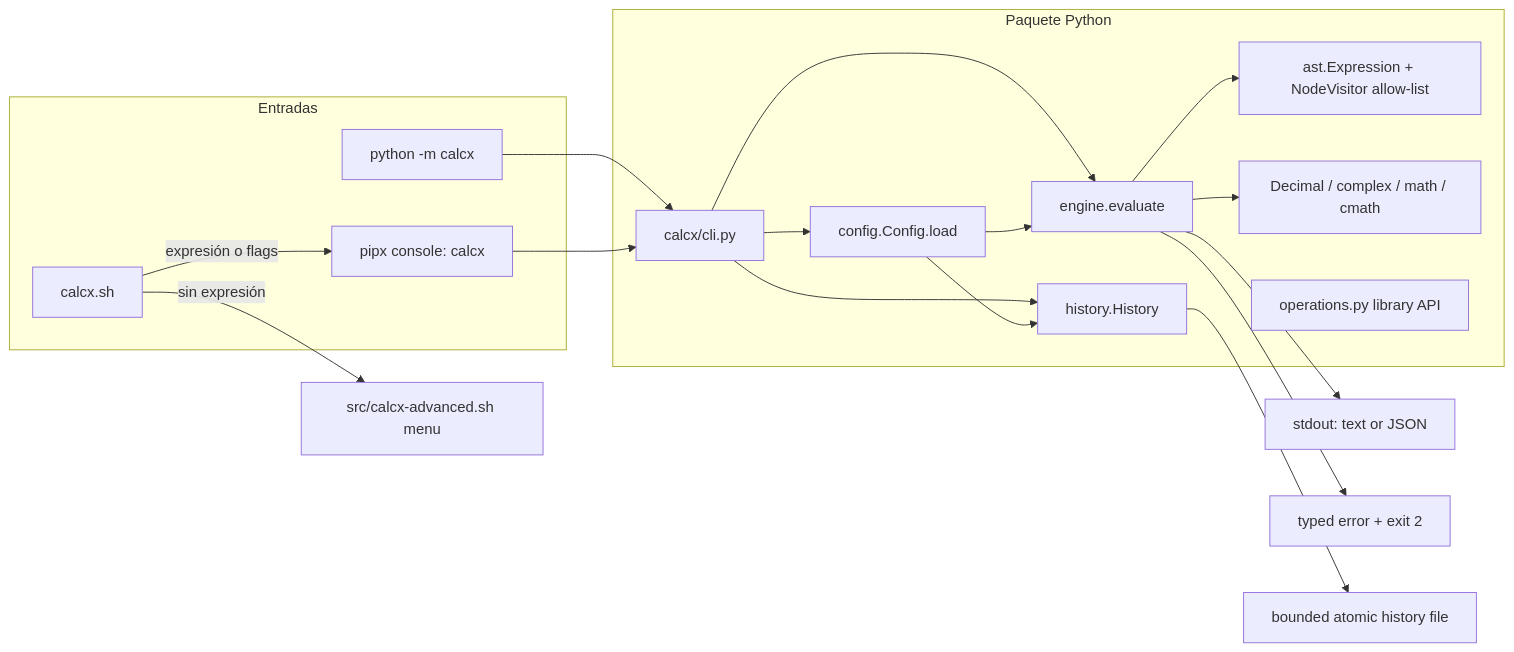
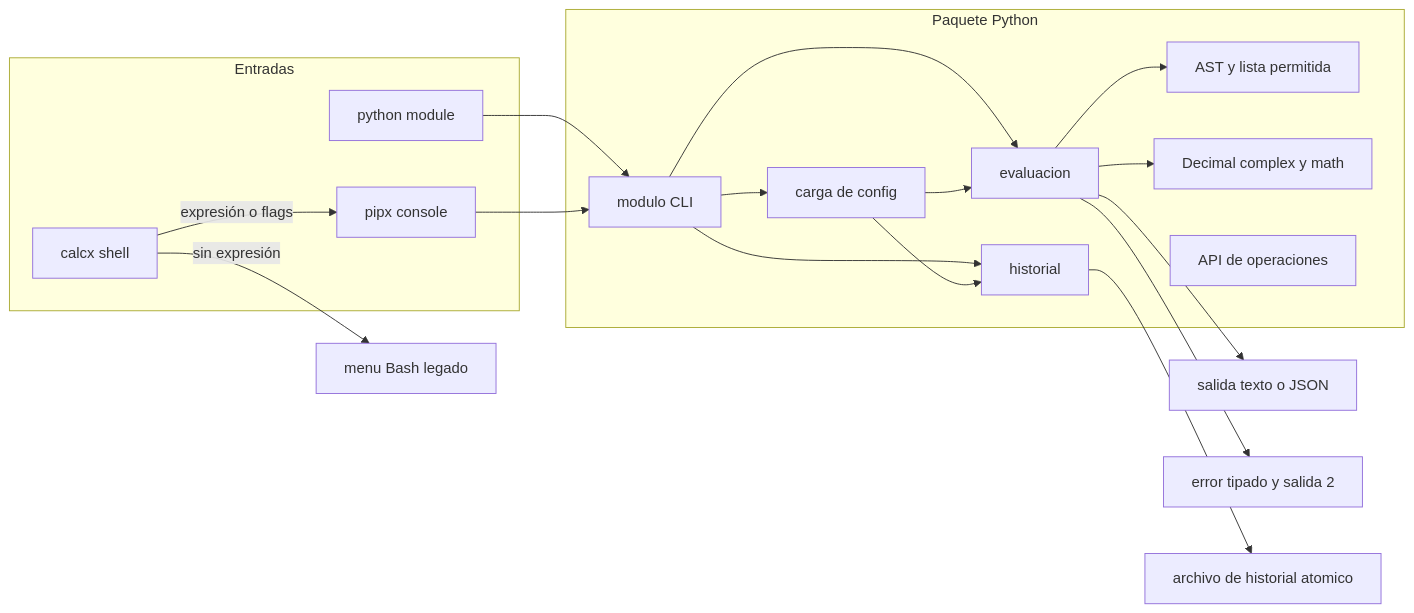
One commit to genesisgzdev/calcx-advanced changed the first of 2 diagrams in docs/ARCHITECTURE.md. Above: the diagram before and after it, drawn with Mermaid. The commit also changed other lines of this file and 1 other file, not shown here.

Commit message:
Fix GitHub Mermaid diagrams

```diff
--- a/docs/ARCHITECTURE.md
+++ b/docs/ARCHITECTURE.md
@@ -11,25 +11,25 @@
 ~~~mermaid
 flowchart LR
     subgraph ENTRY[Entradas]
-      SH[calcx.sh]
-      PM[python -m calcx]
-      PX[pipx console: calcx]
+      SH[calcx shell]
+      PM[python module]
+      PX[pipx console]
     end
-    SH -->|sin expresión| MENU[src/calcx-advanced.sh menu]
+    SH -->|sin expresión| MENU[menu Bash legado]
     SH -->|expresión o flags| PX
-    PM --> CLI[calcx/cli.py]
+    PM --> CLI[modulo CLI]
     PX --> CLI
     subgraph PY[Paquete Python]
-      CLI --> CFG[config.Config.load]
-      CLI --> ENG[engine.evaluate]
-      ENG --> AST[ast.Expression + NodeVisitor allow-list]
-      ENG --> NUM[Decimal / complex / math / cmath]
-      CLI --> HIST[history.History]
-      OPS[operations.py library API]
+      CLI --> CFG[carga de config]
+      CLI --> ENG[evaluacion]
+      ENG --> AST[AST y lista permitida]
+      ENG --> NUM[Decimal complex y math]
+      CLI --> HIST[historial]
+      OPS[API de operaciones]
     end
     CFG --> ENG
     CFG --> HIST
-    ENG --> OUT[stdout: text or JSON]
-    ENG --> ERR[typed error + exit 2]
-    HIST --> FILE[bounded atomic history file]
+    ENG --> OUT[salida texto o JSON]
+    ENG --> ERR[error tipado y salida 2]
+    HIST --> FILE[archivo de historial atomico]
 ~~~
```
